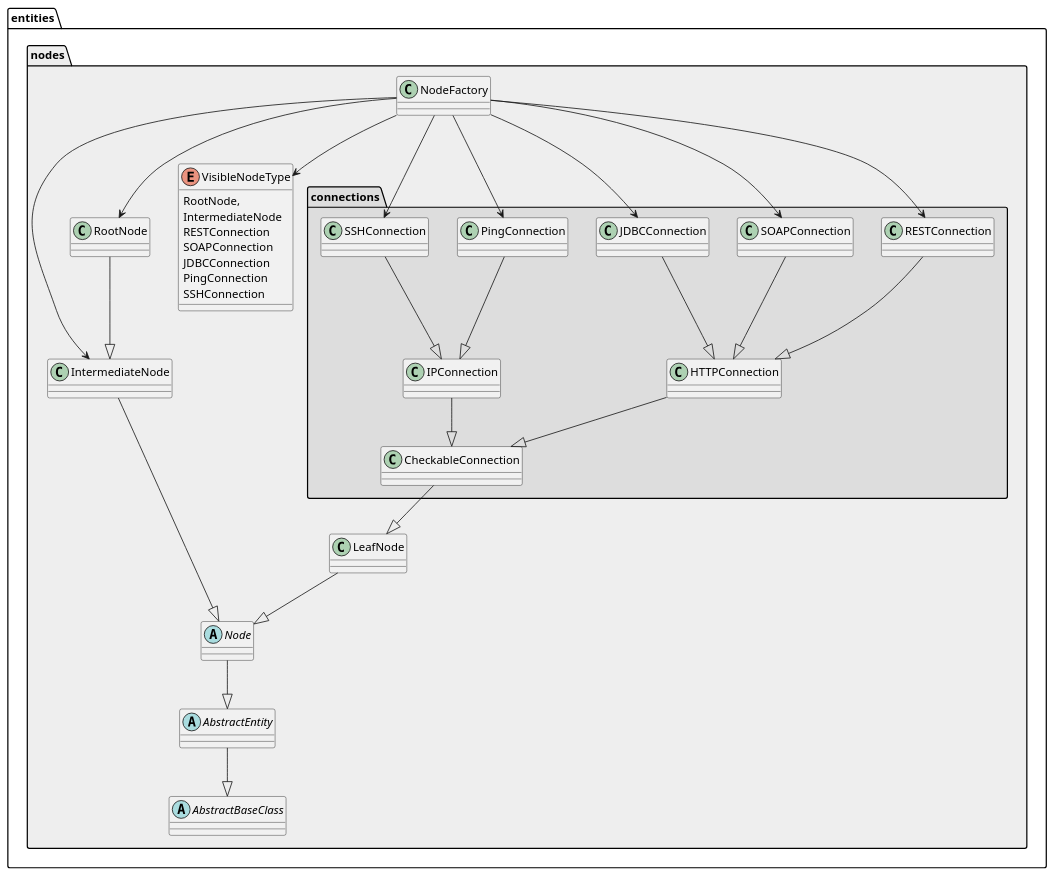
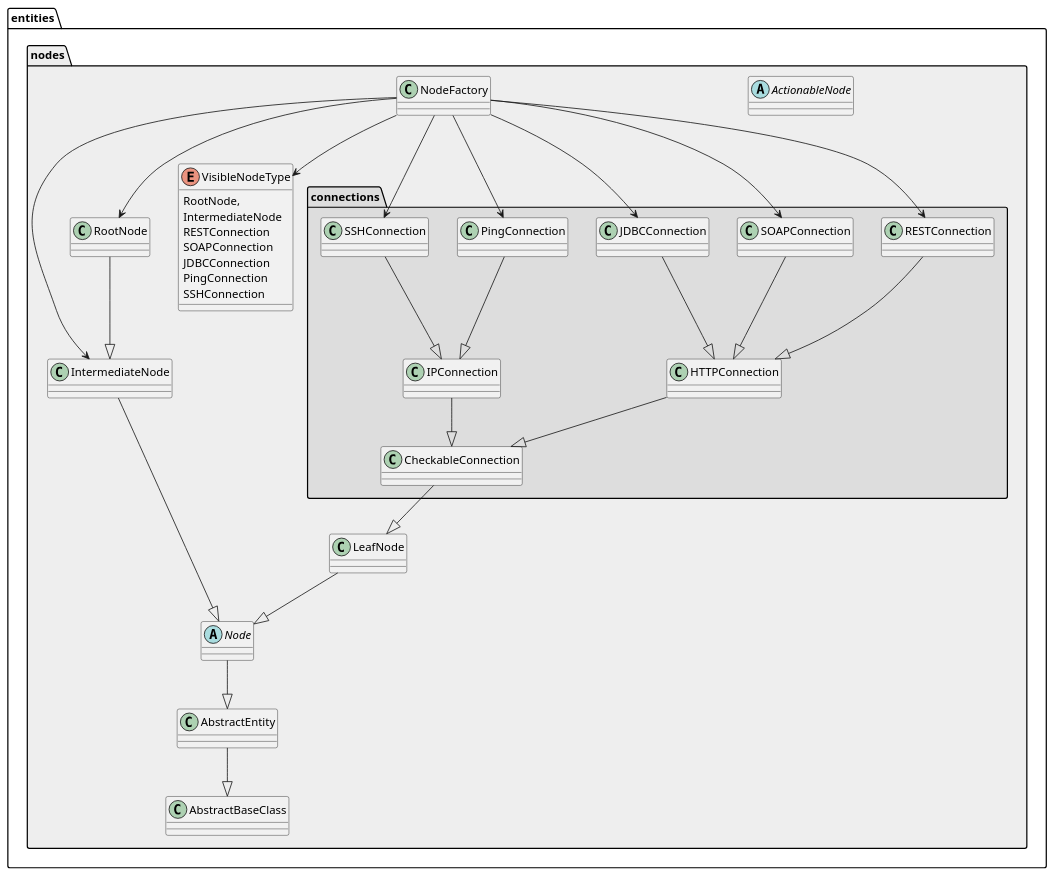
One commit to mmoser18/kismon changed the diagram in docs/entities_nodes.puml. Above: the diagram before and after it, drawn with PlantUML. The commit also changed 9 other files, not shown here.

```diff
--- a/docs/entities_nodes.puml
+++ b/docs/entities_nodes.puml
@@ -1,51 +1,59 @@
 @startuml
 
-package "entities.nodes" #EEEEEE {
+package "entities.nodes" [[../src/main/java/net/mmo/utils/kism/entities/nodes]] #EEEEEE {
 
-	abstract class AbstractBaseClass
-	abstract class AbstractEntity
-	abstract class Node
-	abstract class LeafNode
+	abstract class ActionableNode [[../src/main/java/net/mmo/utils/kism/entities/nodes/ActionableNode.java]]
+	abstract class Node [[../src/main/java/net/mmo/utils/kism/entities/nodes/Node.java]]
 	
-	class LeafNode
-	class IntermediateNode
-	class RootNode
+	class LeafNode [[../src/main/java/net/mmo/utils/kism/entities/nodes/LeafNode.java]]
+	class IntermediateNode [[../src/main/java/net/mmo/utils/kism/entities/nodes/IntermediateNode.java]]
+	class RootNode [[../src/main/java/net/mmo/utils/kism/entities/nodes/RootNode.java]]
+	class NodeFactory [[../src/main/java/net/mmo/utils/kism/entities/nodes/NodeFactory.java]]
 	
 	AbstractEntity --|> AbstractBaseClass
 	Node --|> AbstractEntity
 	LeafNode --|> Node
 	IntermediateNode --|> Node
 	RootNode --|> IntermediateNode
 	
-	package "entities.nodes.connections" #DDDDDD {
+	package "entities.nodes.connections" [[../src/main/java/net/mmo/utils/kism/entities/nodes/connections]] #DDDDDD {
+		class CheckableConnection [[../src/main/java/net/mmo/utils/kism/entities/nodes/connections/CheckableConnection.java]]
+		class HTTPConnection [[../src/main/java/net/mmo/utils/kism/entities/nodes/connections/HTTPConnection.java]]
+		class RESTConnection [[../src/main/java/net/mmo/utils/kism/entities/nodes/connections/RESTConnection.java]]
+		class SOAPConnection [[../src/main/java/net/mmo/utils/kism/entities/nodes/connections/SOAPConnection.java]]
+		class JDBCConnection [[../src/main/java/net/mmo/utils/kism/entities/nodes/connections/JDBCConnection.java]]
+		class IPConnection [[../src/main/java/net/mmo/utils/kism/entities/nodes/connections/IPConnection.java]]
+		class PingConnection [[../src/main/java/net/mmo/utils/kism/entities/nodes/connections/PingConnection.java]]
+		class SSHConnection [[../src/main/java/net/mmo/utils/kism/entities/nodes/connections/SSHConnection.java]]
+
 		CheckableConnection --|> LeafNode
 		HTTPConnection --|> CheckableConnection
 		IPConnection   --|> CheckableConnection
 		RESTConnection --|> HTTPConnection
 		SOAPConnection --|> HTTPConnection
 		JDBCConnection --|> HTTPConnection
 		PingConnection --|> IPConnection
 		SSHConnection  --|> IPConnection
 	}
 
-	enum VisibleNodeType {
+	enum VisibleNodeType [[../src/main/java/net/mmo/utils/kism/entities/nodes/VisibleNodeType.java]] {
 		RootNode,
 		IntermediateNode
 		RESTConnection
 		SOAPConnection
 		JDBCConnection
 		PingConnection
 		SSHConnection
 	}	
 	
 	NodeFactory --> RootNode
 	NodeFactory --> IntermediateNode
 	NodeFactory --> RESTConnection
 	NodeFactory --> SOAPConnection
 	NodeFactory --> JDBCConnection
 	NodeFactory --> PingConnection
 	NodeFactory --> SSHConnection
 	NodeFactory --> VisibleNodeType
 }
 
 @enduml
```
